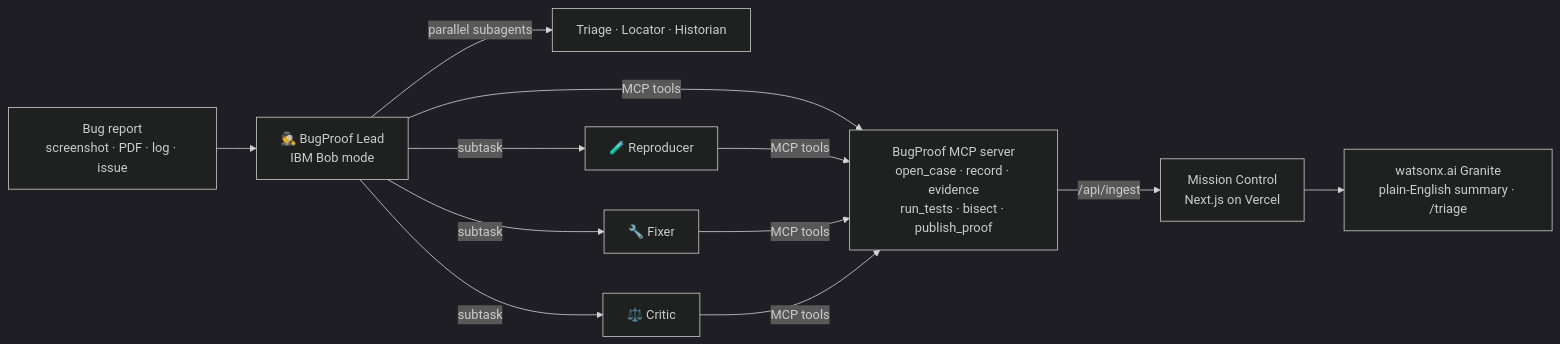
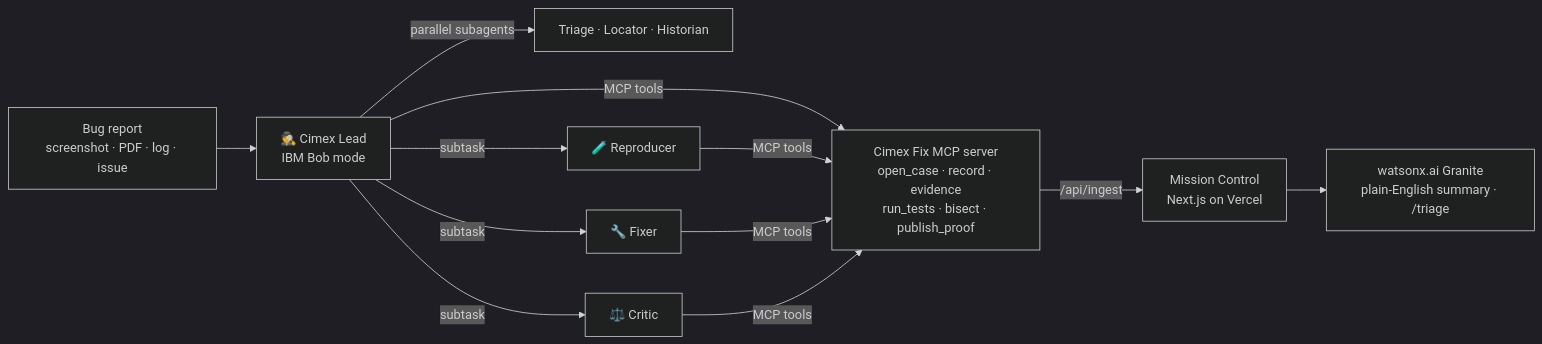
One commit to GegarinSagolsem/cimex-fix changed the diagram in README.md. Above: the diagram before and after it, drawn with Mermaid (dark theme). The commit also changed other lines of this file and 3 other files, not shown here.

````diff
--- a/README.md
+++ b/README.md
@@ -99,11 +100,11 @@
 ```mermaid
 flowchart LR
-  R[Bug report<br/>screenshot · PDF · log · issue] --> L[🕵️ BugProof Lead<br/>IBM Bob mode]
+  R[Bug report<br/>screenshot · PDF · log · issue] --> L[🕵️ Cimex Lead<br/>IBM Bob mode]
   L -->|parallel subagents| I[Triage · Locator · Historian]
   L -->|subtask| RP[🧪 Reproducer]
   L -->|subtask| F[🔧 Fixer]
   L -->|subtask| C[⚖️ Critic]
-  L & RP & F & C -->|MCP tools| M[BugProof MCP server<br/>open_case · record · evidence<br/>run_tests · bisect · publish_proof]
+  L & RP & F & C -->|MCP tools| M[Cimex Fix MCP server<br/>open_case · record · evidence<br/>run_tests · bisect · publish_proof]
   M -->|/api/ingest| W[Mission Control<br/>Next.js on Vercel]
   W --> G[watsonx.ai Granite<br/>plain-English summary · /triage]
 ```
````
